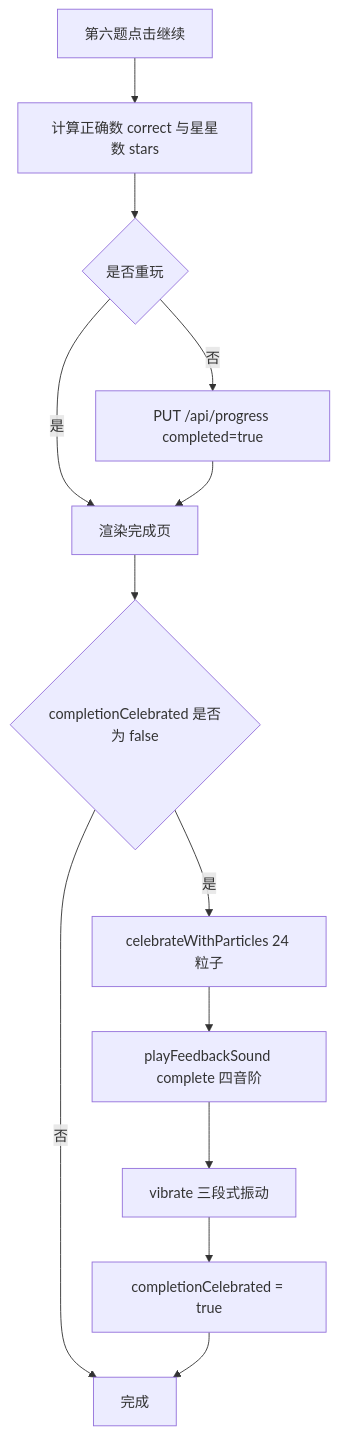
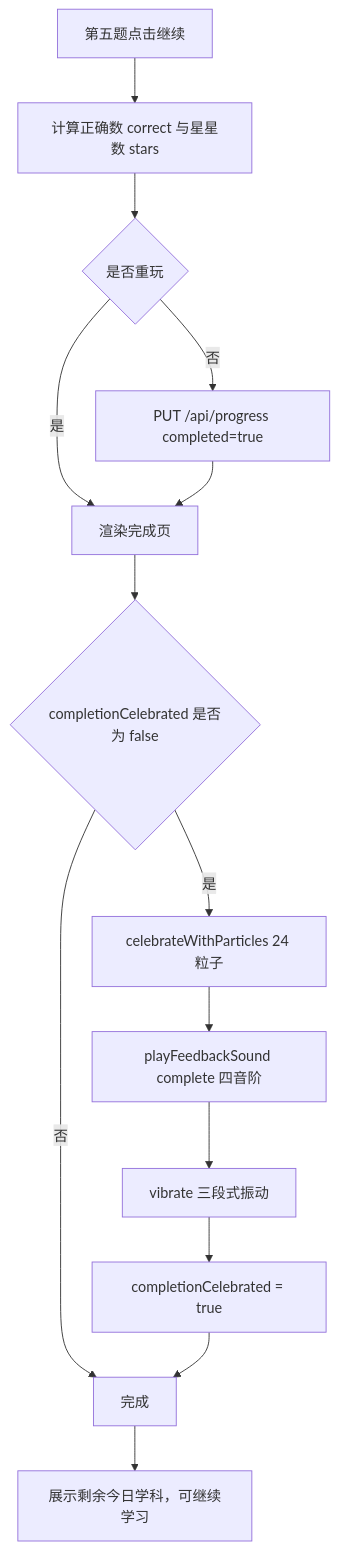
Before and after one commit to guccang/yuanbao: the fifth of 7 diagrams in docs/codinghub/flows.md, drawn with Mermaid. The commit also changed other lines of this file and 3 other files, not shown here.

````diff
--- a/docs/codinghub/flows.md
+++ b/docs/codinghub/flows.md
@@ -109,15 +145,16 @@
 ```mermaid
 flowchart TD
-    Next[第六题点击继续] --> Calc[计算正确数 correct 与星星数 stars]
+    Next[第五题点击继续] --> Calc[计算正确数 correct 与星星数 stars]
     Calc --> IsReview{是否重玩}
     IsReview -->|否| Save[PUT /api/progress completed=true]
     IsReview -->|是| Render[渲染完成页]
     Save --> Render
     Render --> FirstTime{completionCelebrated 是否为 false}
     FirstTime -->|是| Celebrate[celebrateWithParticles 24 粒子]
     Celebrate --> Sound[playFeedbackSound complete 四音阶]
     Sound --> Vibrate[vibrate 三段式振动]
     Vibrate --> SetFlag[completionCelebrated = true]
     FirstTime -->|否| Done[完成]
     SetFlag --> Done
+    Done --> OfferNext[展示剩余今日学科，可继续学习]
 ```
````
